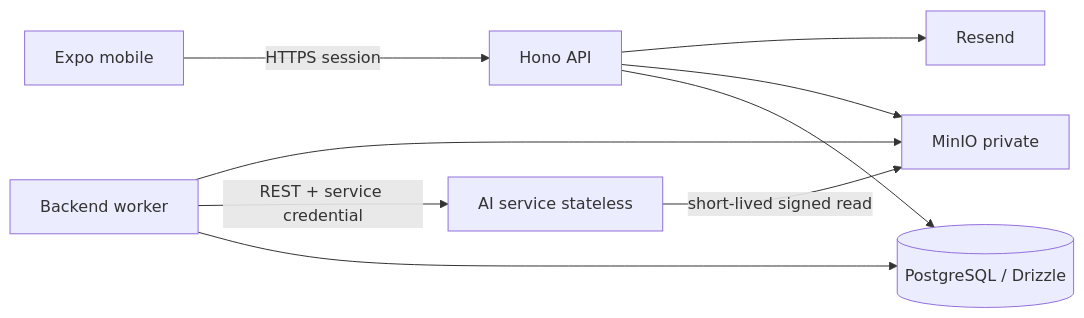
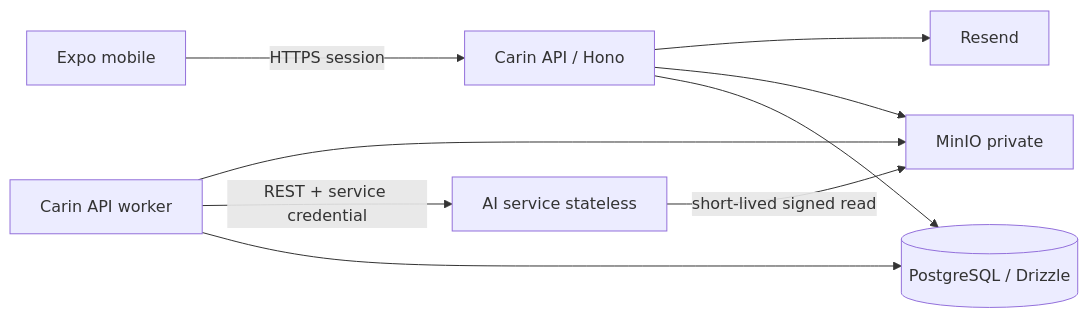
One commit to JavaneseIvankov/carin changed the diagram in specs/03-system-architecture.md. Above: the diagram before and after it, drawn with Mermaid. The commit also changed other lines of this file and 2 other files, not shown here.

Commit message:
docs: updated the term 'Backend' to 'Carin API'

````diff
--- a/specs/03-system-architecture.md
+++ b/specs/03-system-architecture.md
@@ -9,11 +9,11 @@
 ```mermaid
 flowchart LR
-    M[Expo mobile] -->|HTTPS session| B[Hono API]
+    M[Expo mobile] -->|HTTPS session| B[Carin API / Hono]
     B --> D[(PostgreSQL / Drizzle)]
     B --> S[MinIO private]
     B --> E[Resend]
-    W[Backend worker] --> D
+    W[Carin API worker] --> D
     W -->|REST + service credential| A[AI service stateless]
     A -->|short-lived signed read| S
     W --> S
 ```
````
